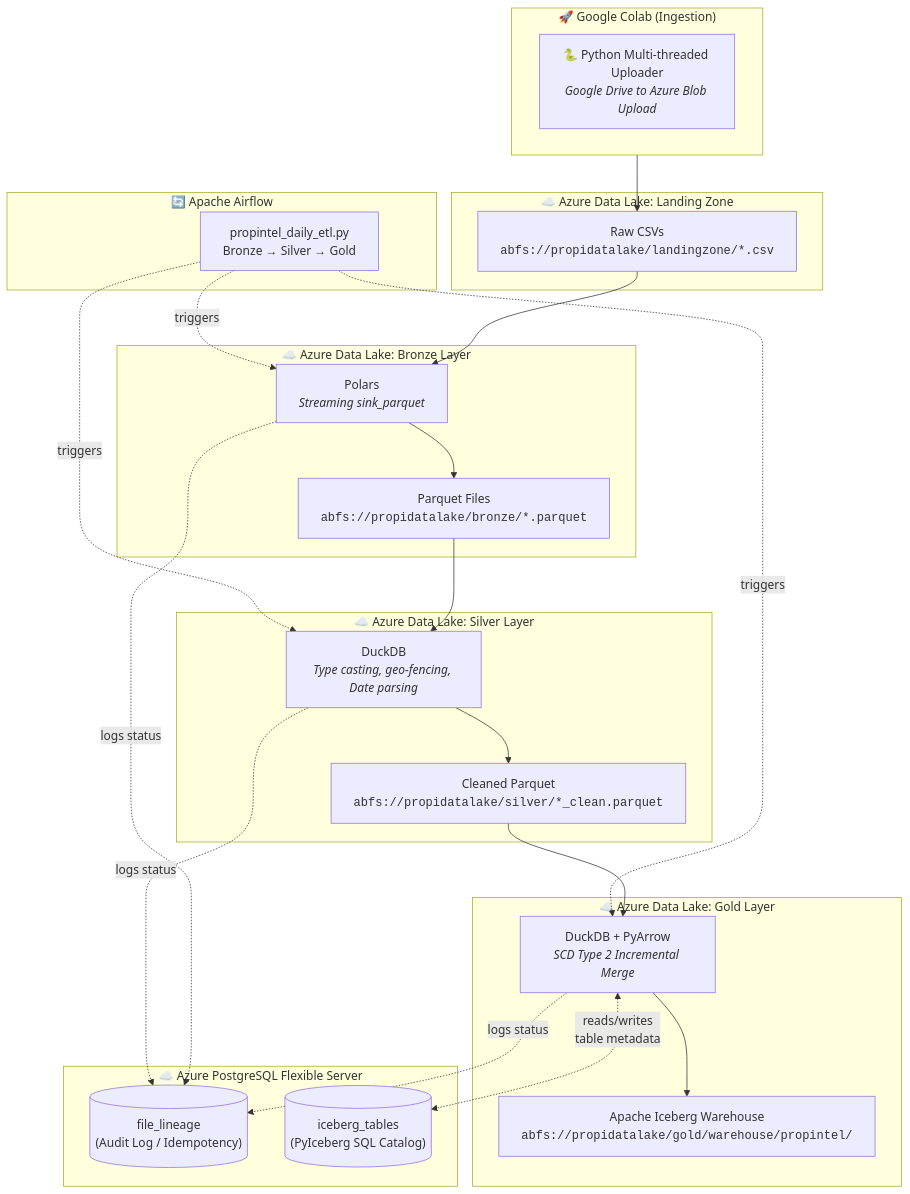
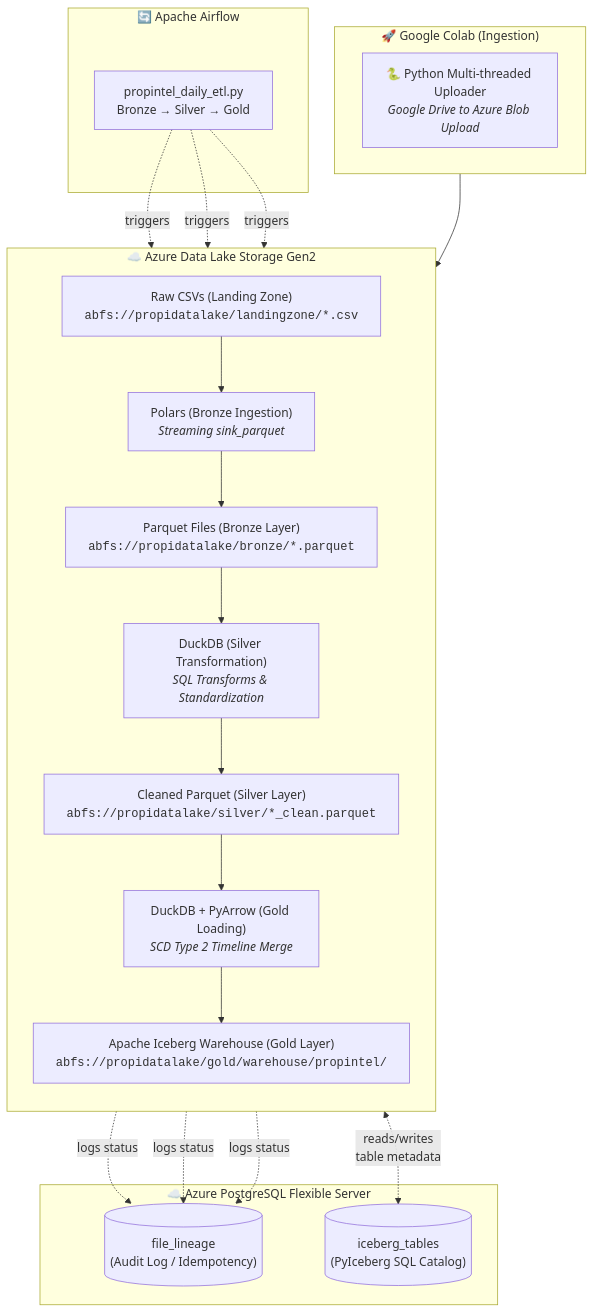
The diagram in README.md (ali786-hub/Property-Intelligence-Platform), drawn with Mermaid before and after one commit. The commit also changed other lines of this file, not shown here.

````diff
--- a/README.md
+++ b/README.md
@@ -23,51 +23,47 @@
 ```mermaid
 flowchart TB
     subgraph source ["🚀 Google Colab (Ingestion)"]
         direction LR
         COLAB["🐍 Python Multi-threaded Uploader<br/><i>Google Drive to Azure Blob Upload</i>"]
     end
 
     subgraph airflow ["🔄 Apache Airflow"]
         DAG["propintel_daily_etl.py<br/>Bronze → Silver → Gold"]
     end
 
-    subgraph landing ["☁️ Azure Data Lake: Landing Zone"]
-        B_IN["Raw CSVs<br/><code>abfs://propidatalake/landingzone/*.csv</code>"]
-    end
+    subgraph cloud_storage ["☁️ Azure Data Lake Storage Gen2"]
+        direction TB
+        B_IN["Raw CSVs (Landing Zone)<br/><code>abfs://propidatalake/landingzone/*.csv</code>"]
+        
+        B_ENGINE["Polars (Bronze Ingestion)<br/><i>Streaming sink_parquet</i>"]
+        B_OUT["Parquet Files (Bronze Layer)<br/><code>abfs://propidatalake/bronze/*.parquet</code>"]
+        
+        S_ENGINE["DuckDB (Silver Transformation)<br/><i>SQL Transforms & Standardization</i>"]
+        S_OUT["Cleaned Parquet (Silver Layer)<br/><code>abfs://propidatalake/silver/*_clean.parquet</code>"]
+        
+        G_ENGINE["DuckDB + PyArrow (Gold Loading)<br/><i>SCD Type 2 Timeline Merge</i>"]
+        G_OUT["Apache Iceberg Warehouse (Gold Layer)<br/><code>abfs://propidatalake/gold/warehouse/propintel/</code>"]
 
-    subgraph bronze ["☁️ Azure Data Lake: Bronze Layer"]
-        B_ENGINE["Polars<br/><i>Streaming sink_parquet</i>"]
-        B_OUT["Parquet Files<br/><code>abfs://propidatalake/bronze/*.parquet</code>"]
         B_IN --> B_ENGINE --> B_OUT
-    end
-
-    subgraph silver ["☁️ Azure Data Lake: Silver Layer"]
-        S_ENGINE["DuckDB<br/><i>Type casting, geo-fencing, Date parsing</i>"]
-        S_OUT["Cleaned Parquet<br/><code>abfs://propidatalake/silver/*_clean.parquet</code>"]
         B_OUT --> S_ENGINE --> S_OUT
-    end
-
-    subgraph gold ["☁️ Azure Data Lake: Gold Layer"]
-        G_ENGINE["DuckDB + PyArrow<br/><i>SCD Type 2 Incremental Merge</i>"]
-        G_OUT["Apache Iceberg Warehouse<br/><code>abfs://propidatalake/gold/warehouse/propintel/</code>"]
         S_OUT --> G_ENGINE --> G_OUT
     end
 
     subgraph cloud_db ["☁️ Azure PostgreSQL Flexible Server"]
         LINEAGE[("file_lineage<br/>(Audit Log / Idempotency)")]
         CATALOG[("iceberg_tables<br/>(PyIceberg SQL Catalog)")]
     end
 
     source --> B_IN
     
     %% Airflow triggers mapping directly to the compute engines
     DAG -. "triggers" .-> B_ENGINE
     DAG -. "triggers" .-> S_ENGINE
     DAG -. "triggers" .-> G_ENGINE
 
     %% Logging interactions mapping perfectly to the DB
     B_ENGINE -. "logs status" .-> LINEAGE
     S_ENGINE -. "logs status" .-> LINEAGE
     G_ENGINE -. "logs status" .-> LINEAGE
     G_ENGINE <-. "reads/writes<br/>table metadata" .-> CATALOG
 ```
````
